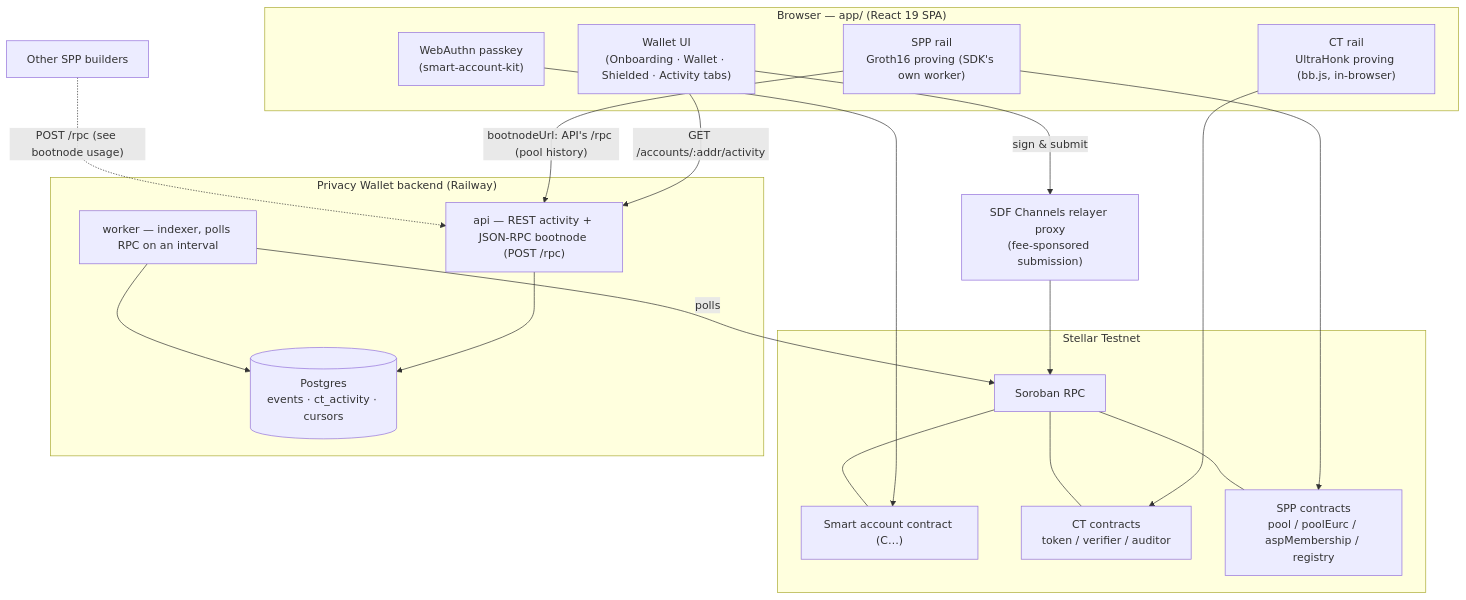
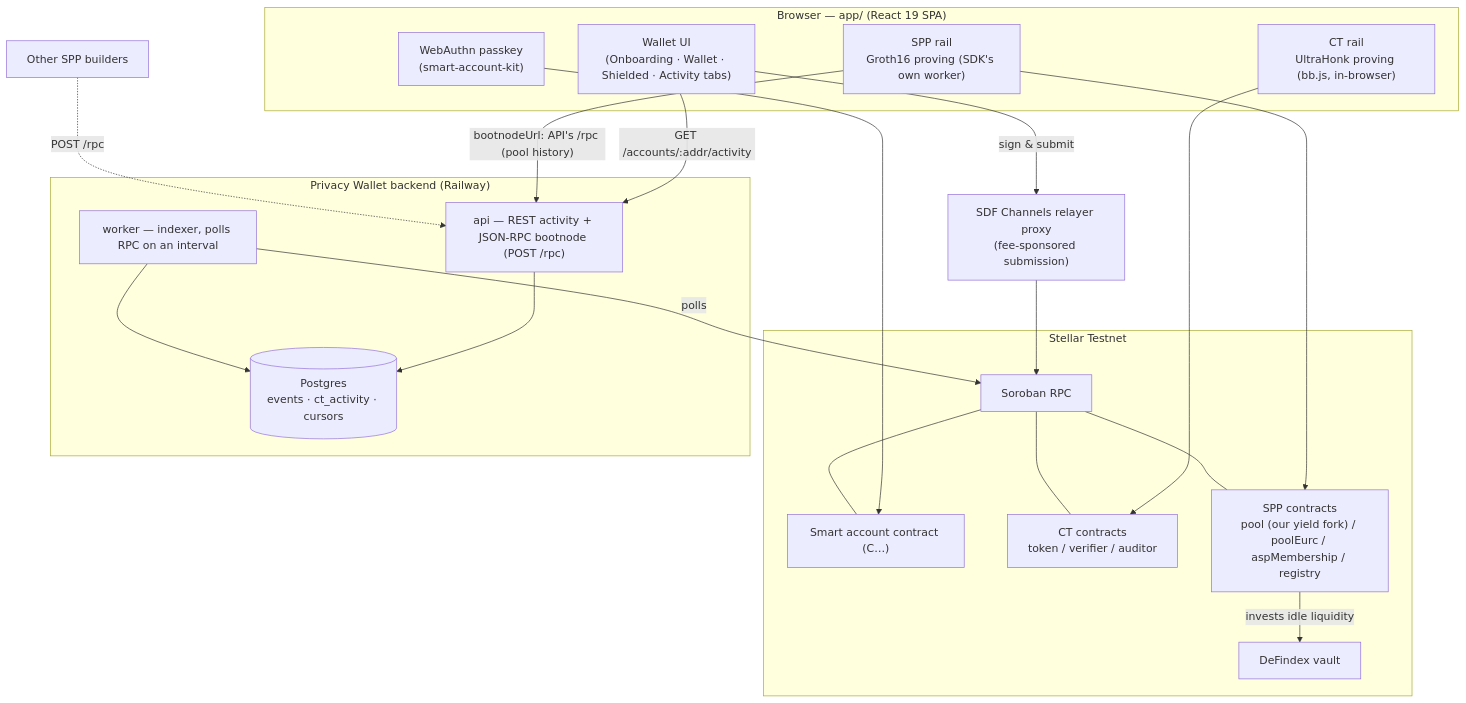
One commit to yripper/openzeppelin-stellar-privacy-wallet changed the diagram in README.md. Above: the diagram before and after it, drawn with Mermaid. The commit also changed other lines of this file and 4 other files, not shown here.

````diff
--- a/README.md
+++ b/README.md
@@ -41,40 +64,42 @@
 ```mermaid
 flowchart TB
     subgraph Browser["Browser — app/ (React 19 SPA)"]
         UI["Wallet UI<br/>(Onboarding · Wallet · Shielded · Activity tabs)"]
         Passkey["WebAuthn passkey<br/>(smart-account-kit)"]
         CT["CT rail<br/>UltraHonk proving (bb.js, in-browser)"]
         SPP["SPP rail<br/>Groth16 proving (SDK's own worker)"]
     end
 
     subgraph Chain["Stellar Testnet"]
         SA["Smart account contract (C…)"]
         RPC["Soroban RPC"]
         CTC["CT contracts<br/>token / verifier / auditor"]
-        SPPC["SPP contracts<br/>pool / poolEurc / aspMembership / registry"]
+        SPPC["SPP contracts<br/>pool (our yield fork) / poolEurc / aspMembership / registry"]
+        Vault["DeFindex vault"]
     end
 
     Relayer["SDF Channels relayer proxy<br/>(fee-sponsored submission)"]
 
     subgraph Backend["Privacy Wallet backend (Railway)"]
         API["api — REST activity + JSON-RPC bootnode (POST /rpc)"]
         Worker["worker — indexer, polls RPC on an interval"]
         DB[("Postgres<br/>events · ct_activity · cursors")]
     end
 
     Passkey --> SA
     UI -- sign & submit --> Relayer --> RPC
     CT --> CTC
     SPP --> SPPC
+    SPPC -- invests idle liquidity --> Vault
     RPC --- SA
     RPC --- CTC
     RPC --- SPPC
 
     UI -- "GET /accounts/:addr/activity" --> API
     SPP -- "bootnodeUrl: API's /rpc (pool history)" --> API
     API --> DB
     Worker -- polls --> RPC
     Worker --> DB
 
-    OtherBuilder["Other SPP builders"] -. "POST /rpc (see bootnode usage)" .-> API
+    OtherBuilder["Other SPP builders"] -. "POST /rpc" .-> API
 ```
````
